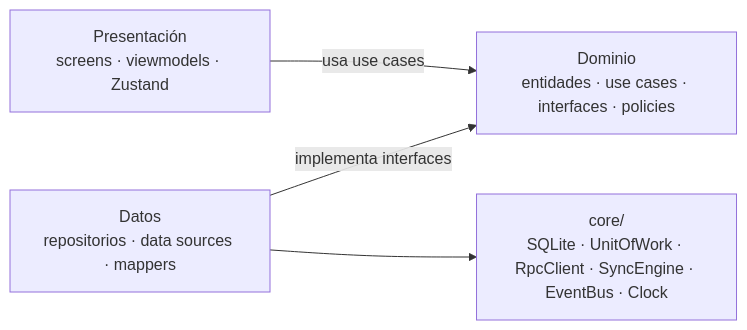
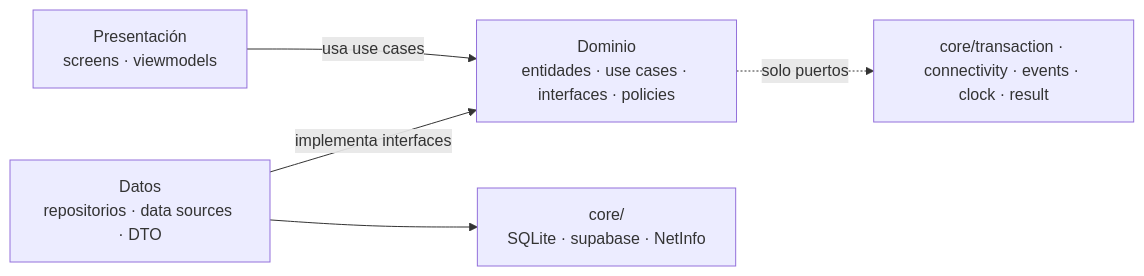
The first of 3 diagrams in docs/ARCHITECTURE.md (Darwin073100/contaitscch-app), drawn with Mermaid before and after one commit. The commit also changed other lines of this file and 21 other files, not shown here.

````diff
--- a/docs/ARCHITECTURE.md
+++ b/docs/ARCHITECTURE.md
@@ -119,6 +124,7 @@
 ```mermaid
 flowchart LR
-  P["Presentación<br/>screens · viewmodels · Zustand"] -->|usa use cases| D["Dominio<br/>entidades · use cases · interfaces · policies"]
-  DA["Datos<br/>repositorios · data sources · mappers"] -->|implementa interfaces| D
-  DA --> C["core/<br/>SQLite · UnitOfWork · RpcClient · SyncEngine · EventBus · Clock"]
+  P["Presentación<br/>screens · viewmodels"] -->|usa use cases| D["Dominio<br/>entidades · use cases · interfaces · policies"]
+  DA["Datos<br/>repositorios · data sources · DTO"] -->|implementa interfaces| D
+  DA --> C["core/<br/>SQLite · supabase · NetInfo"]
+  D -.->|solo puertos| CP["core/transaction · connectivity · events · clock · result"]
 ```
````
